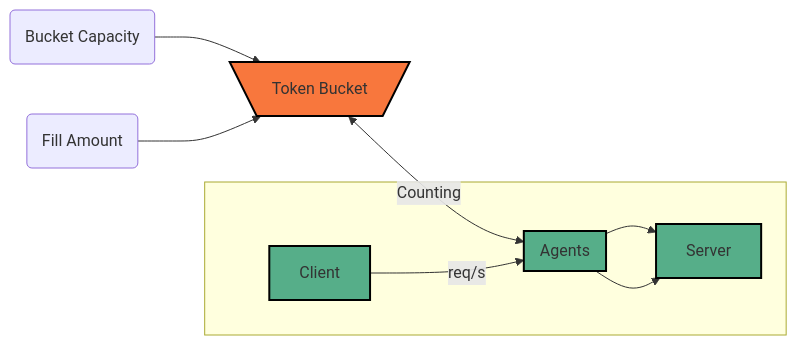
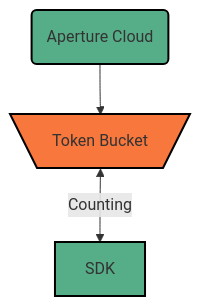
The diagram in docs/content/guides/assets/per-user-rate-limiting/rate-limiting.mmd (fluxninja/aperture), drawn with Mermaid before and after one commit. The commit also changed 200 other files, not shown here.

```diff
--- a/docs/content/guides/assets/per-user-rate-limiting/rate-limiting.mmd
+++ b/docs/content/guides/assets/per-user-rate-limiting/rate-limiting.mmd
@@ -1,24 +1,14 @@
-flowchart LR
+flowchart TD
 classDef TokenBucket fill:#F8773D, stroke:#000000,stroke-width:2px;
-classDef Agent fill:#56AE89,stroke:#000000,stroke-width:2px;
-classDef Signal fill:#EFEEED,stroke:#000000,stroke-width:1px;
 classDef Service fill:#56AE89,stroke:#000000,stroke-width:2px;
 
-Forward("Bucket Capacity") --> TB
-Reset("Fill Amount") --> TB
+
+Forward("Aperture Cloud") --> TB
+class Forward Service
 
 TB[\Token Bucket/]
 class TB TokenBucket
 
-TB <-- "Counting" --> Agents
-
-subgraph " "
-Client -- "req/s" --> Agents
-class Client Service
-  subgraph "Agents"
-  end
-  class Agents Agent
-  Agents --> Server
-  Agents --> Server
-  class Server Service
-  end
+SDK
+class SDK Service
+TB <-- "Counting" --> SDK
```
